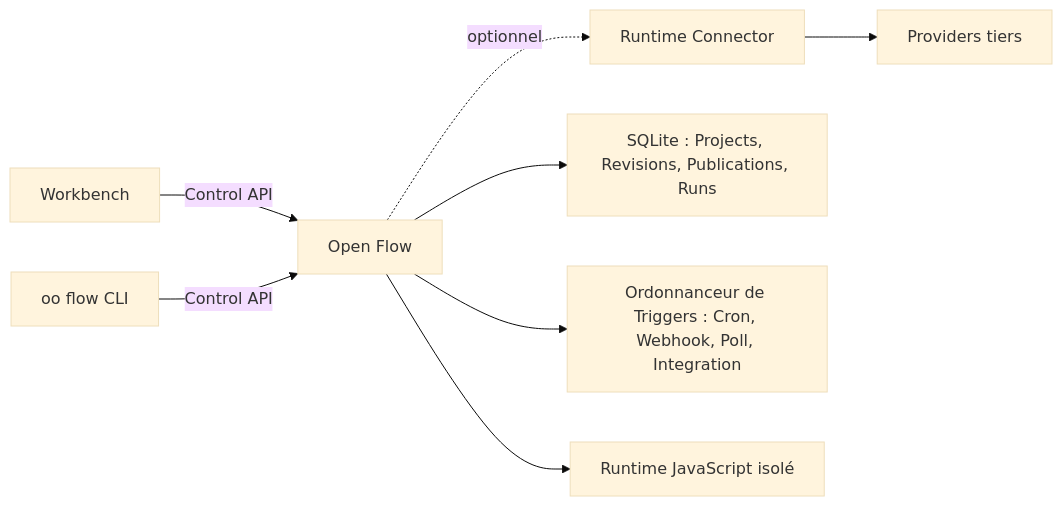
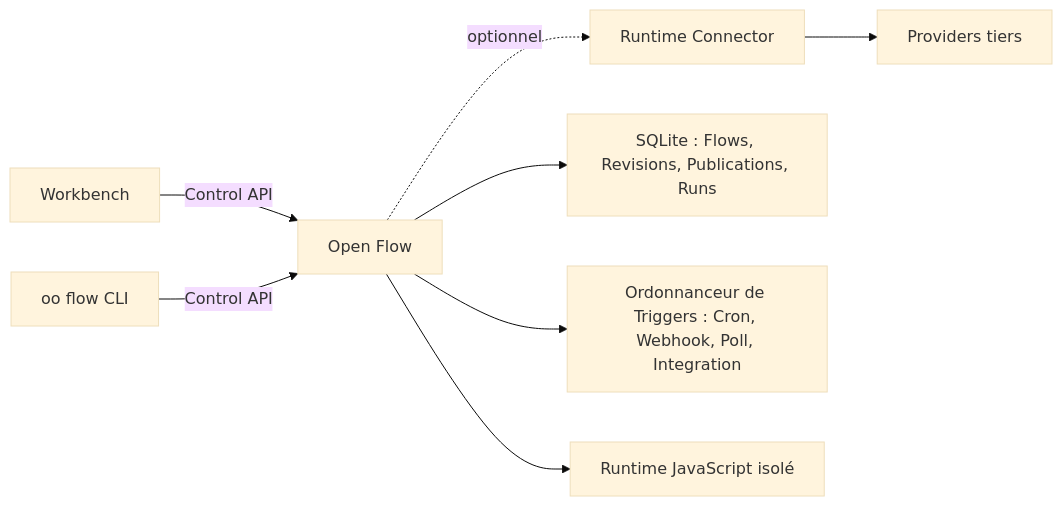
One commit to oomol-lab/open-flow changed the diagram in docs/README.fr.md. Above: the diagram before and after it, drawn with Mermaid (base theme). The commit also changed other lines of this file and 26 other files, not shown here.

````diff
--- a/docs/README.fr.md
+++ b/docs/README.fr.md
@@ -134,10 +134,10 @@
 ```mermaid
 flowchart LR
   Workbench["Workbench"] -->|"Control API"| Server["Open Flow"]
   CLI["oo flow CLI"] -->|"Control API"| Server
   Server -. "optionnel" .-> Connector["Runtime Connector"]
   Connector --> Providers["Providers tiers"]
-  Server --> Store["SQLite : Projects, Revisions, Publications, Runs"]
+  Server --> Store["SQLite : Flows, Revisions, Publications, Runs"]
   Server --> Triggers["Ordonnanceur de Triggers : Cron, Webhook, Poll, Integration"]
   Server --> Runtime["Runtime JavaScript isolé"]
 ```
````
